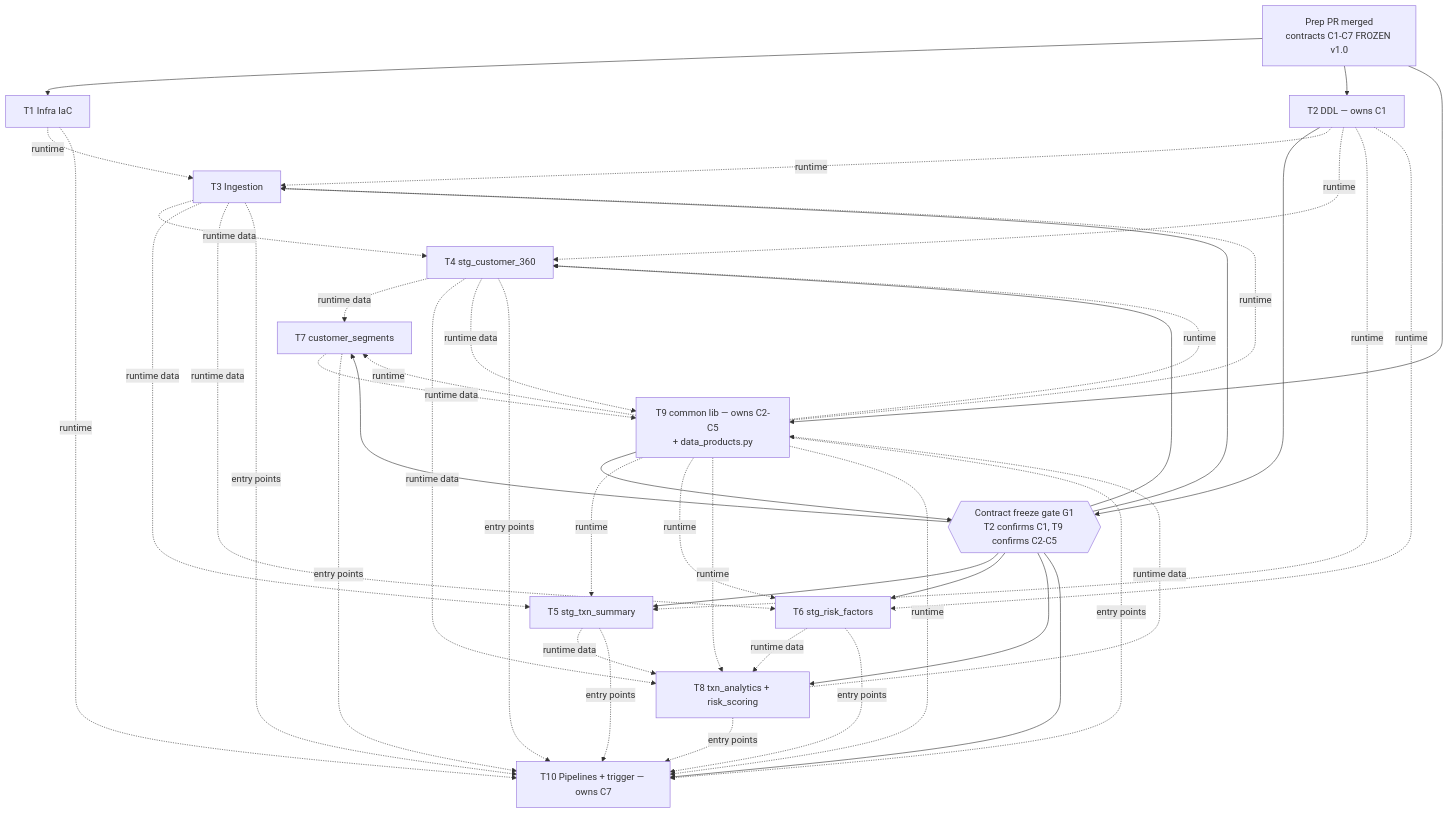
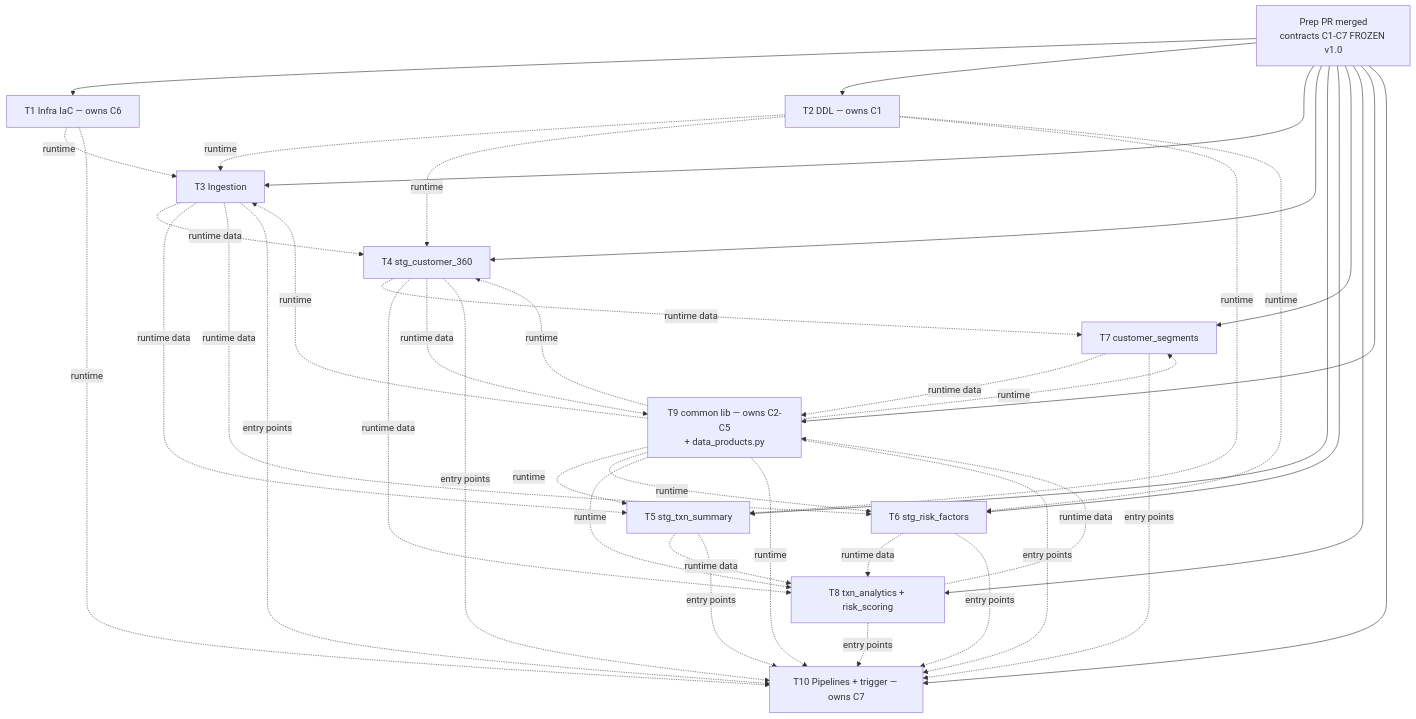
The diagram in synapse/tickets/PARALLELIZATION.md (COG-GTM/retail-banking-analytics-pipeline), drawn with Mermaid before and after one commit. The commit also changed other lines of this file and 22 other files, not shown here.

````diff
--- a/synapse/tickets/PARALLELIZATION.md
+++ b/synapse/tickets/PARALLELIZATION.md
@@ -17,31 +16,27 @@
 ```mermaid
 graph TD
     PREP["Prep PR merged<br/>contracts C1-C7 FROZEN v1.0"]
-    T1["T1 Infra IaC"]
+    T1["T1 Infra IaC — owns C6"]
     T2["T2 DDL — owns C1"]
     T9["T9 common lib — owns C2-C5<br/>+ data_products.py"]
     T3["T3 Ingestion"]
     T4["T4 stg_customer_360"]
     T5["T5 stg_txn_summary"]
     T6["T6 stg_risk_factors"]
     T7["T7 customer_segments"]
     T8["T8 txn_analytics + risk_scoring"]
     T10["T10 Pipelines + trigger — owns C7"]
-    GATE{{"Contract freeze gate G1<br/>T2 confirms C1, T9 confirms C2-C5"}}
 
-    PREP --> T1 & T2 & T9
-    T2 --> GATE
-    T9 --> GATE
-    GATE --> T3 & T4 & T5 & T6 & T7 & T8 & T10
+    PREP --> T1 & T2 & T3 & T4 & T5 & T6 & T7 & T8 & T9 & T10
 
     T2 -. runtime .-> T3 & T4 & T5 & T6
     T9 -. runtime .-> T3 & T4 & T5 & T6 & T7 & T8 & T10
     T1 -. runtime .-> T3 & T10
     T3 -. runtime data .-> T4 & T5 & T6
     T4 -. runtime data .-> T7 & T8 & T9
     T5 -. runtime data .-> T8
     T6 -. runtime data .-> T8
     T7 -. runtime data .-> T9
     T8 -. runtime data .-> T9
     T3 & T4 & T5 & T6 & T7 & T8 & T9 -. entry points .-> T10
 ```
````
